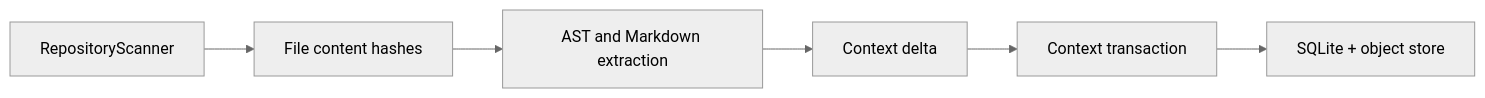
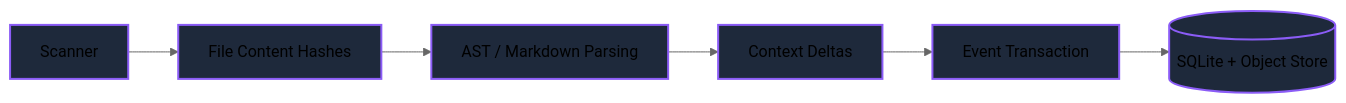
The diagram in docs/ingestion.md (saahilpal/synapse), drawn with Mermaid (neutral theme) before and after one commit. The commit also changed other lines of this file and 11 other files, not shown here.

````diff
--- a/docs/ingestion.md
+++ b/docs/ingestion.md
@@ -7,8 +7,11 @@
 ```mermaid
 flowchart LR
-    Scan["RepositoryScanner"] --> Hash["File content hashes"]
-    Hash --> Parse["AST and Markdown extraction"]
-    Parse --> Delta["Context delta"]
-    Delta --> Txn["Context transaction"]
-    Txn --> Store["SQLite + object store"]
+    Scan[Scanner] --> Hash[File Content Hashes]
+    Hash --> Parse[AST / Markdown Parsing]
+    Parse --> Delta[Context Deltas]
+    Delta --> Txn[Event Transaction]
+    Txn --> Store[(SQLite + Object Store)]
+    
+    classDef step fill:#1e293b,stroke:#8b5cf6,stroke-width:2px;
+    class Scan,Hash,Parse,Delta,Txn,Store step;
 ```
````
